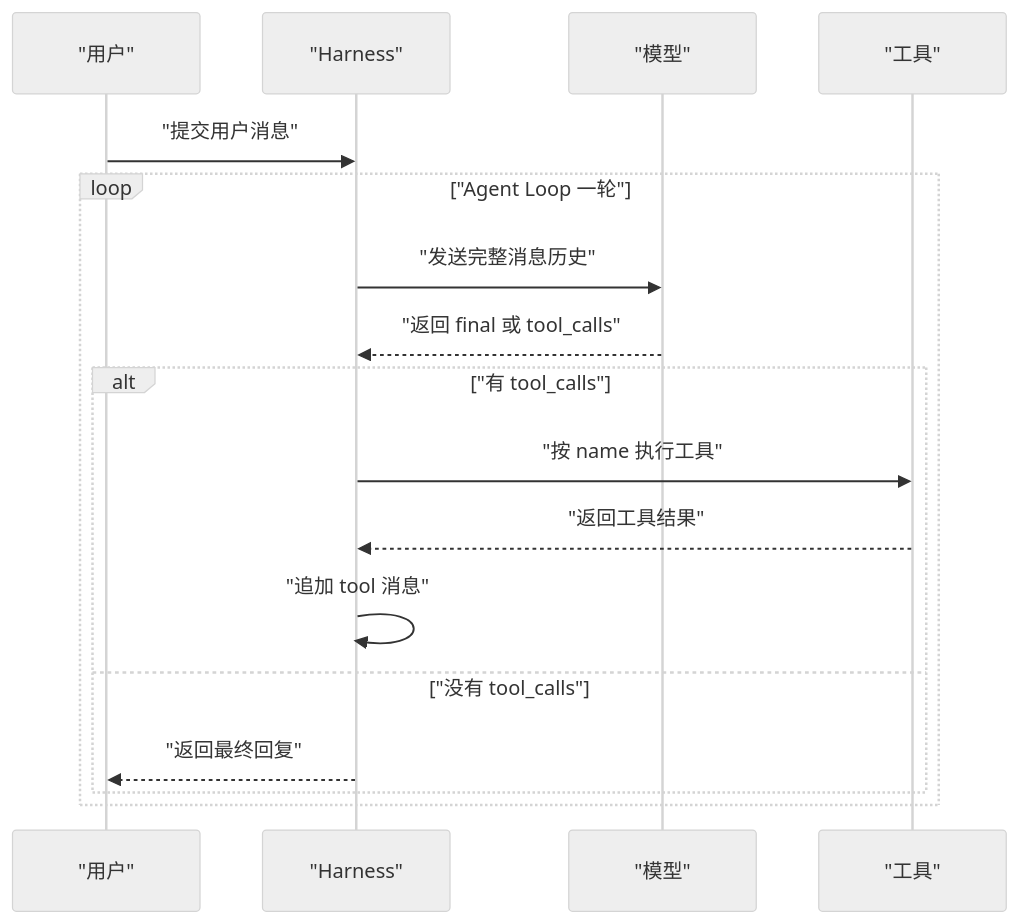
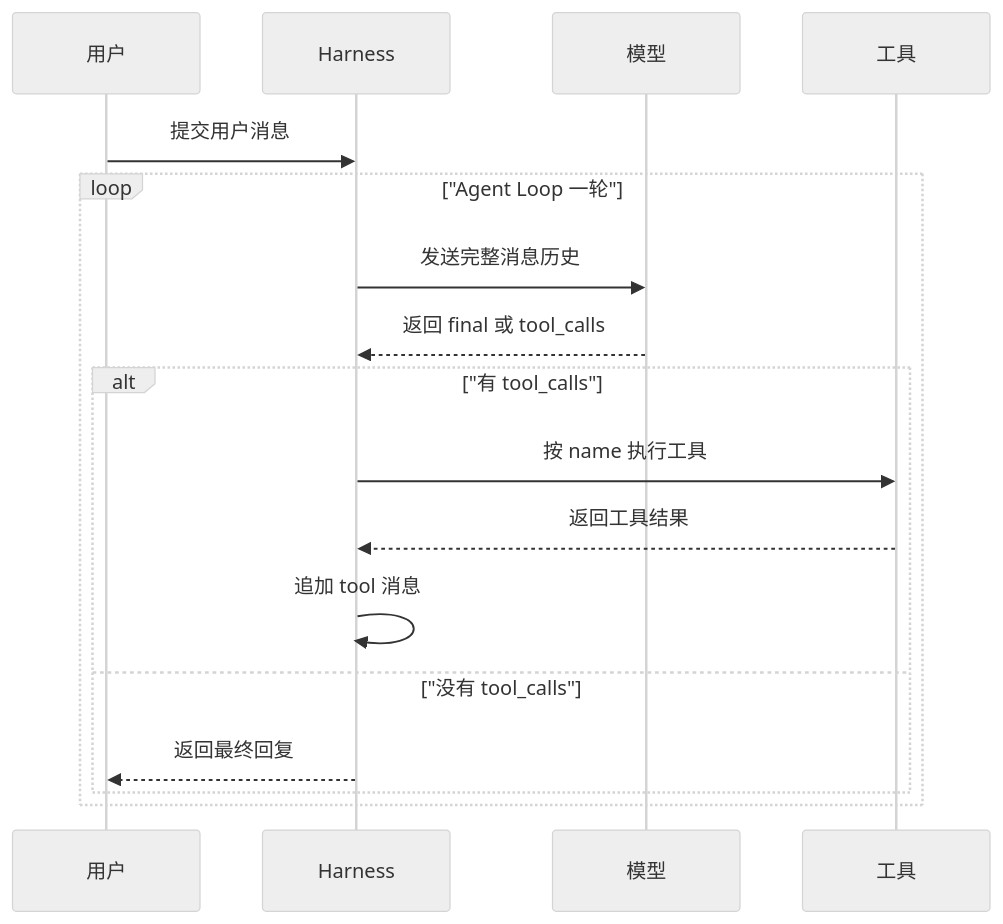
One commit to Shyu-x/frontend-interview changed the fifth of 9 diagrams in docs/agent/harness/build-mini-harness.md. Above: the diagram before and after it, drawn with Mermaid (neutral theme). The commit also changed other lines of this file and 23 other files, not shown here.

First line of the commit message:
fix(docs): 修复 28 张无法渲染的 Mermaid 图，新增真实解析器校验与 PDF 下载页

````diff
--- a/docs/agent/harness/build-mini-harness.md
+++ b/docs/agent/harness/build-mini-harness.md
@@ -472,19 +472,19 @@
 ```mermaid
 sequenceDiagram
-  participant U as "用户"
-  participant H as "Harness"
-  participant M as "模型"
-  participant T as "工具"
-  U->>H: "提交用户消息"
+  participant U as 用户
+  participant H as Harness
+  participant M as 模型
+  participant T as 工具
+  U->>H: 提交用户消息
   loop "Agent Loop 一轮"
-    H->>M: "发送完整消息历史"
-    M-->>H: "返回 final 或 tool_calls"
+    H->>M: 发送完整消息历史
+    M-->>H: 返回 final 或 tool_calls
     alt "有 tool_calls"
-      H->>T: "按 name 执行工具"
-      T-->>H: "返回工具结果"
-      H->>H: "追加 tool 消息"
+      H->>T: 按 name 执行工具
+      T-->>H: 返回工具结果
+      H->>H: 追加 tool 消息
     else "没有 tool_calls"
-      H-->>U: "返回最终回复"
+      H-->>U: 返回最终回复
     end
   end
 ```
````
